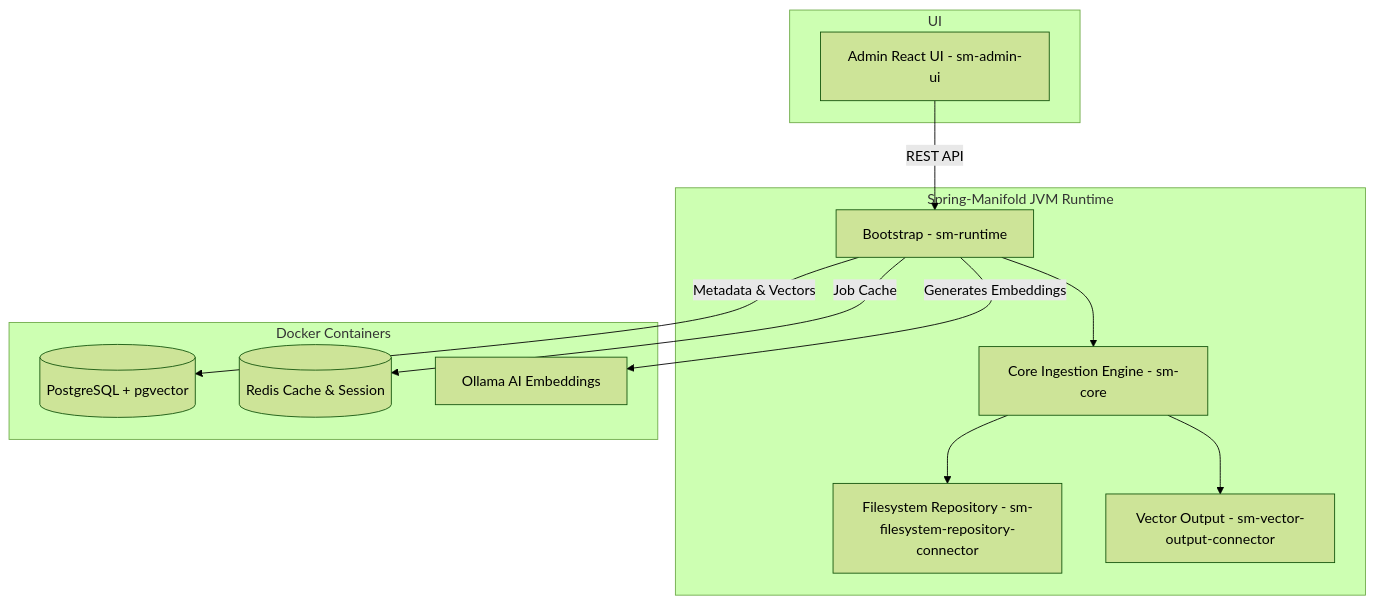
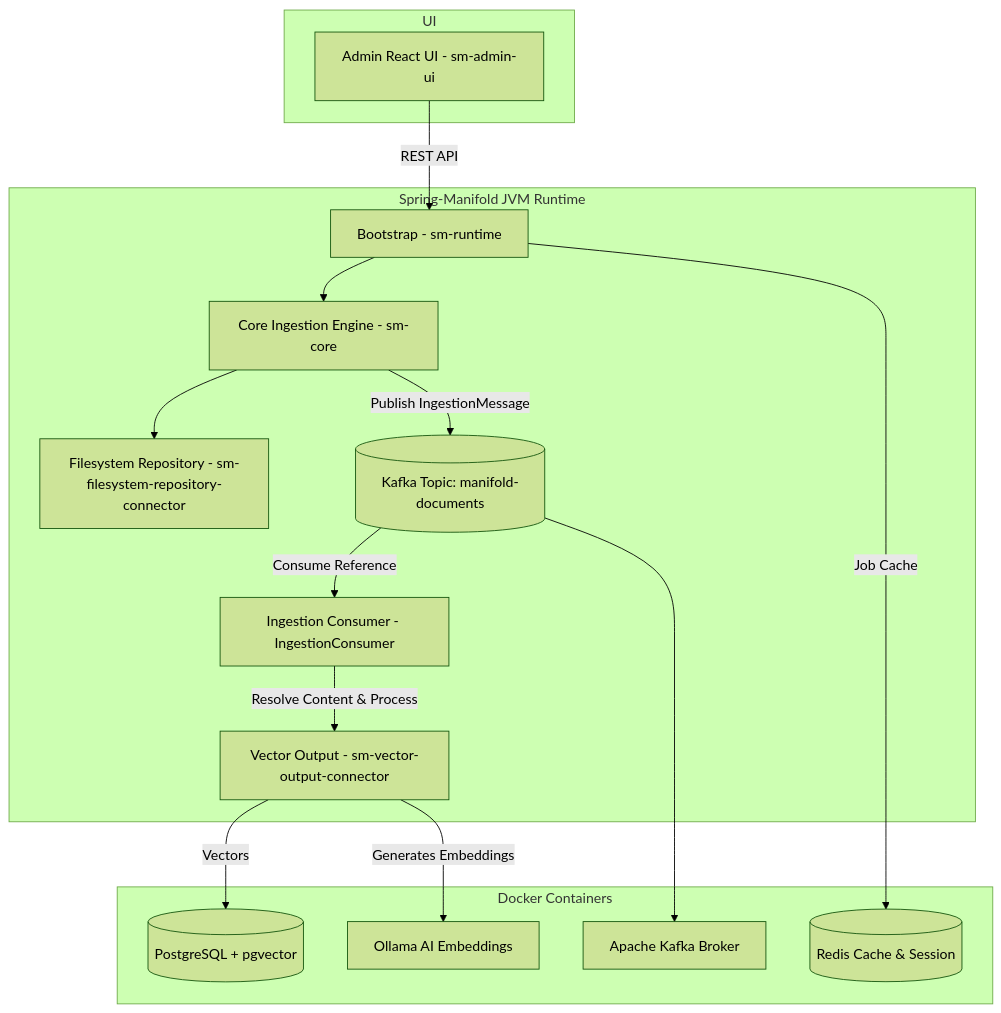
The diagram in README.md (OpenPj/spring-manifold-next-gen), drawn with Mermaid (forest theme) before and after one commit. The commit also changed other lines of this file, not shown here.

Commit message:
docs: update README with Kafka architecture details

````diff
--- a/README.md
+++ b/README.md
@@ -20,28 +20,33 @@
 ```mermaid
 graph TD
     subgraph UI
         UI_App[Admin React UI - sm-admin-ui]
     end
 
     subgraph Platform Runtime [Spring-Manifold JVM Runtime]
         Core[Core Ingestion Engine - sm-core]
         Runtime[Bootstrap - sm-runtime]
         FS_Conn[Filesystem Repository - sm-filesystem-repository-connector]
         Vec_Conn[Vector Output - sm-vector-output-connector]
+        Kafka_Cons[Ingestion Consumer - IngestionConsumer]
         
         Runtime --> Core
         Core --> FS_Conn
-        Core --> Vec_Conn
+        Core -->|Publish IngestionMessage| Kafka[(Kafka Topic: manifold-documents)]
+        Kafka -->|Consume Reference| Kafka_Cons
+        Kafka_Cons -->|Resolve Content & Process| Vec_Conn
     end
 
     subgraph Infrastructure [Docker Containers]
         PG[(PostgreSQL + pgvector)]
         Redis[(Redis Cache & Session)]
         Ollama[Ollama AI Embeddings]
+        Kafka_Broker[Apache Kafka Broker]
     end
 
     UI_App -->|REST API| Runtime
-    Runtime -->|Metadata & Vectors| PG
+    Vec_Conn -->|Vectors| PG
     Runtime -->|Job Cache| Redis
-    Runtime -->|Generates Embeddings| Ollama
+    Vec_Conn -->|Generates Embeddings| Ollama
+    Kafka --> Kafka_Broker
 ```
````
